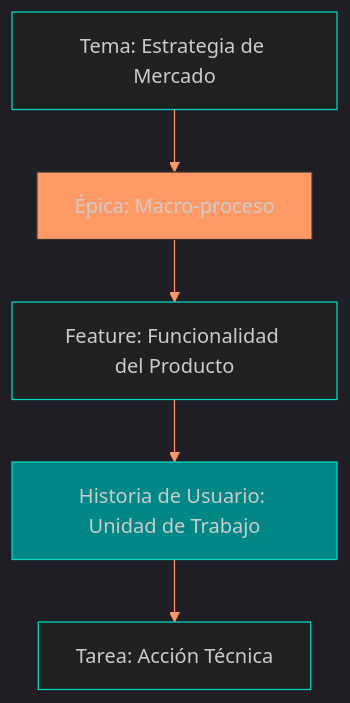
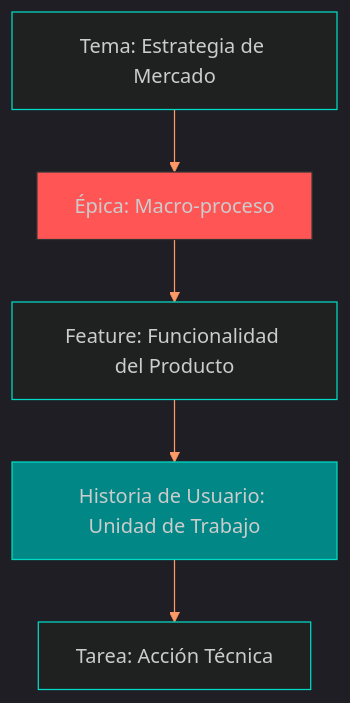
The first of 4 diagrams in is-702-ads/unidad-1/5.md (ConsSorto/ConsSorto.github.io), drawn with Mermaid before and after one commit. The commit also changed other lines of this file, not shown here.

````diff
--- a/is-702-ads/unidad-1/5.md
+++ b/is-702-ads/unidad-1/5.md
@@ -19,10 +19,10 @@
 ```mermaid
 %%{init: {'theme': 'dark', 'themeVariables': { 'lineColor': '#f96', 'primaryColor': '#018786', 'nodeBorder': '#03DAC6' }}}%%
 graph TD
     A[Tema: Estrategia de Mercado] --> B[Épica: Macro-proceso]
     B --> C[Feature: Funcionalidad del Producto]
     C --> D[Historia de Usuario: Unidad de Trabajo]
     D --> E[Tarea: Acción Técnica]
-    style B fill:#f96,stroke:#333
+    style B fill:#f55,stroke:#333
     style D fill:#018786,stroke:#03DAC6
 ```
````
